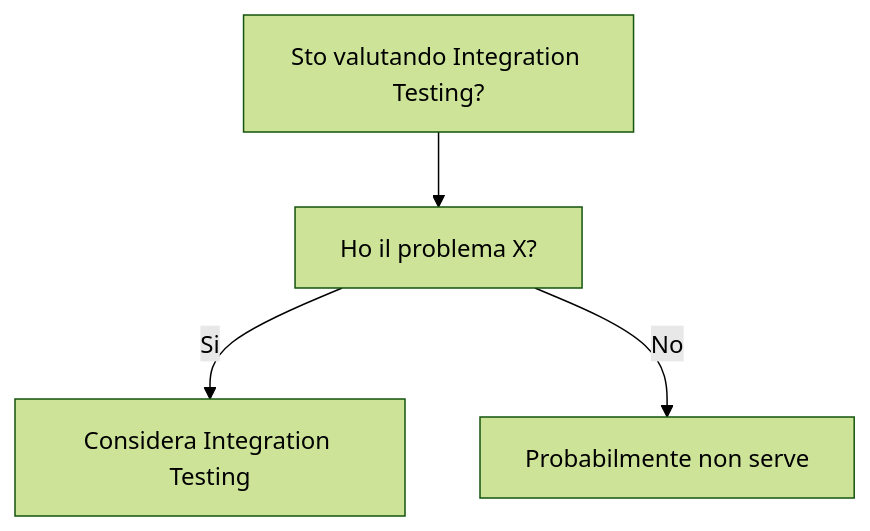
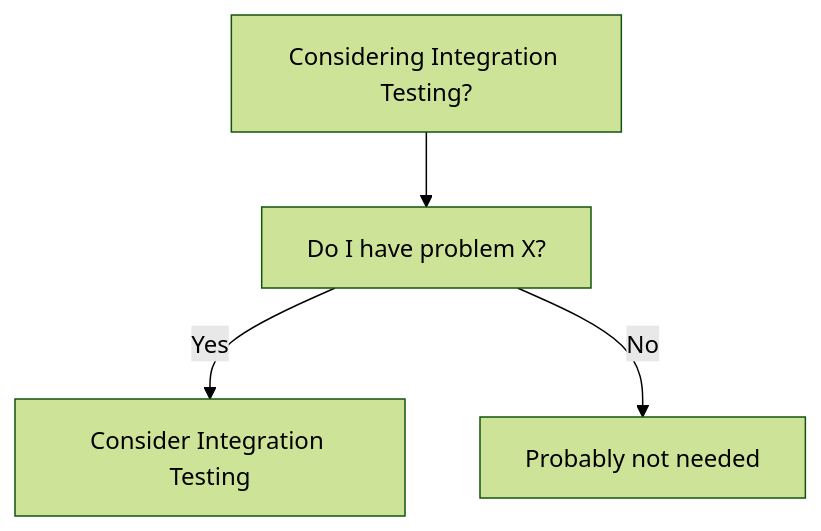
Before and after one commit to HxT9/Software-Dev-Wiki: the diagram in dev-wiki/09_Testing/Integration_Testing/When_To_Use.md, drawn with Mermaid (forest theme). The commit also changed other lines of this file and 3444 other files, not shown here.

````diff
--- a/dev-wiki/09_Testing/Integration_Testing/When_To_Use.md
+++ b/dev-wiki/09_Testing/Integration_Testing/When_To_Use.md
@@ -19,6 +19,6 @@
 ```mermaid
 flowchart TD
-  Q[Sto valutando Integration Testing?] --> Q1[Ho il problema X?]
-  Q1 -->|Si| OK[Considera Integration Testing]
-  Q1 -->|No| NO[Probabilmente non serve]
+  Q[Considering Integration Testing?] --> Q1[Do I have problem X?]
+  Q1 -->|Yes| OK[Consider Integration Testing]
+  Q1 -->|No| NO[Probably not needed]
 ```
````
